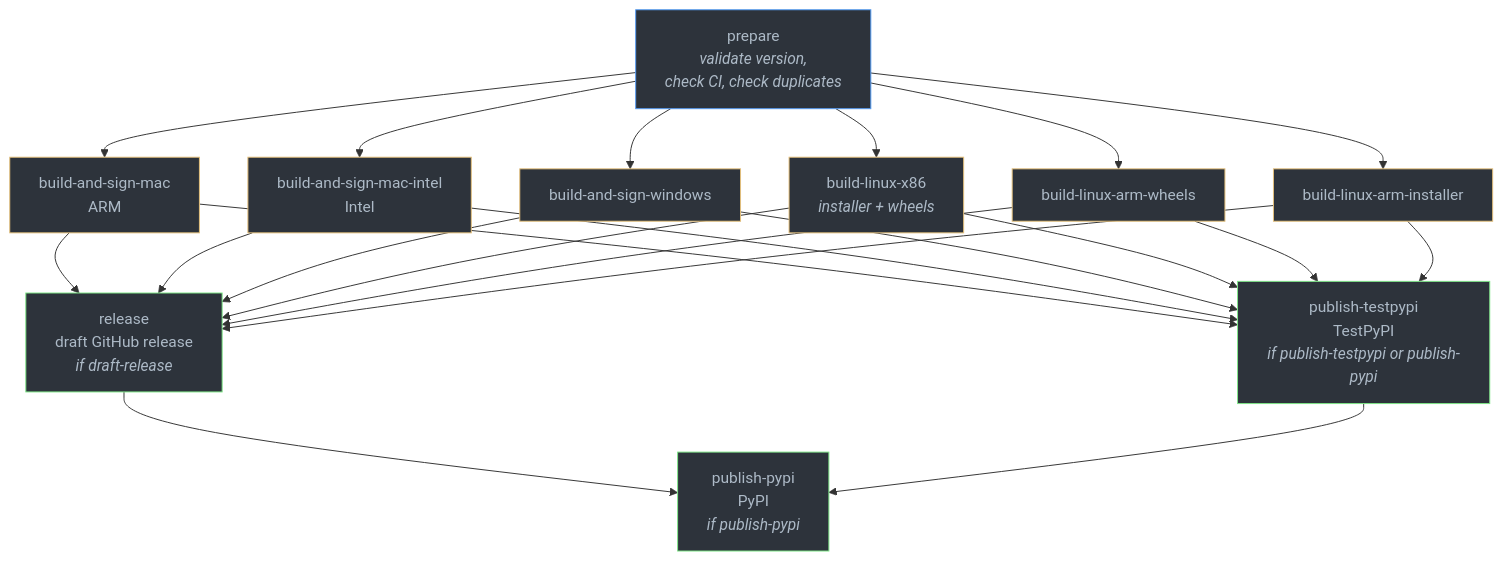
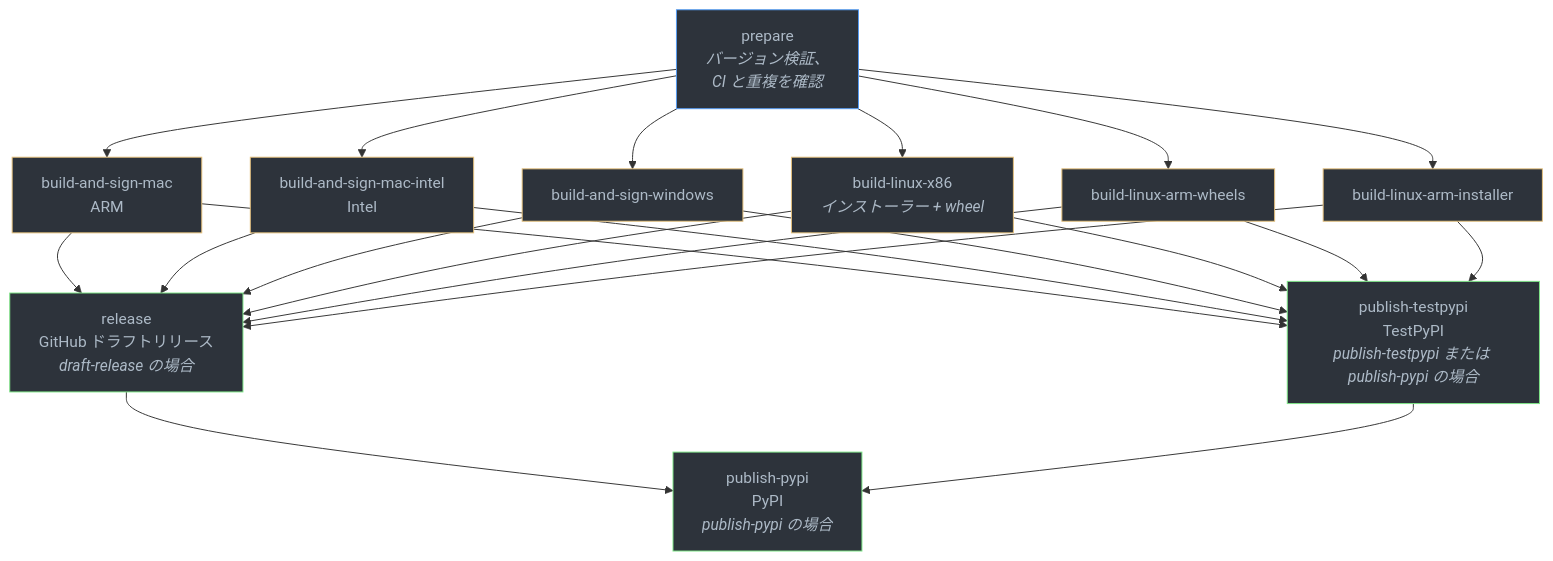
The second of 2 diagrams in docs-site/ja/developers/releasing.mdx (ankitects/anki), drawn with Mermaid before and after one commit. The commit also changed other lines of this file and 20 other files, not shown here.

````diff
--- a/docs-site/ja/developers/releasing.mdx
+++ b/docs-site/ja/developers/releasing.mdx
@@ -158,45 +119,45 @@
 ```{mermaid}
 flowchart TD
-    prepare[prepare<br/><i>validate version,<br/>check CI, check duplicates</i>]
+    prepare[prepare<br/><i>バージョン検証、<br/>CI と重複を確認</i>]
 
     prepare --> mac["build-and-sign-mac<br/>ARM"]
     prepare --> macint["build-and-sign-mac-intel<br/>Intel"]
     prepare --> win["build-and-sign-windows"]
-    prepare --> lin[build-linux-x86<br/><i>installer + wheels</i>]
+    prepare --> lin[build-linux-x86<br/><i>インストーラー + wheel</i>]
     prepare --> linarmw[build-linux-arm-wheels]
     prepare --> linarmi[build-linux-arm-installer]
 
     mac --> release
     macint --> release
     win --> release
     lin --> release
     linarmw --> release
     linarmi --> release
 
-    release["release<br/>draft GitHub release<br/><i>if draft-release</i>"]
+    release["release<br/>GitHub ドラフトリリース<br/><i>draft-release の場合</i>"]
 
     mac --> testpypi
     macint --> testpypi
     win --> testpypi
     lin --> testpypi
     linarmw --> testpypi
     linarmi --> testpypi
 
-    testpypi["publish-testpypi<br/>TestPyPI<br/><i>if publish-testpypi or publish-pypi</i>"]
+    testpypi["publish-testpypi<br/>TestPyPI<br/><i>publish-testpypi または publish-pypi の場合</i>"]
 
     release --> pypi
     testpypi --> pypi
 
-    pypi["publish-pypi<br/>PyPI<br/><i>if publish-pypi</i>"]
+    pypi["publish-pypi<br/>PyPI<br/><i>publish-pypi の場合</i>"]
 
     style prepare fill:#2d333b,stroke:#539bf5,color:#adbac7
     style mac fill:#2d333b,stroke:#e5c07b,color:#adbac7
     style macint fill:#2d333b,stroke:#e5c07b,color:#adbac7
     style win fill:#2d333b,stroke:#e5c07b,color:#adbac7
     style lin fill:#2d333b,stroke:#e5c07b,color:#adbac7
     style linarmw fill:#2d333b,stroke:#e5c07b,color:#adbac7
     style linarmi fill:#2d333b,stroke:#e5c07b,color:#adbac7
     style release fill:#2d333b,stroke:#7ee787,color:#adbac7
     style testpypi fill:#2d333b,stroke:#7ee787,color:#adbac7
     style pypi fill:#2d333b,stroke:#7ee787,color:#adbac7
 ```
````
